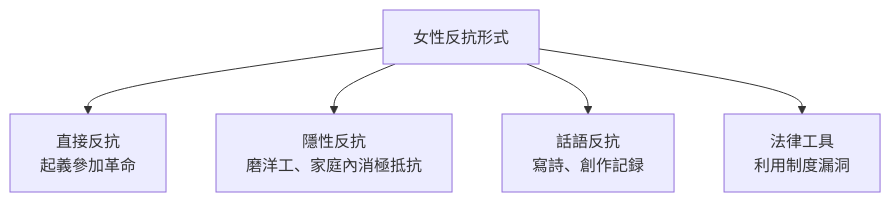
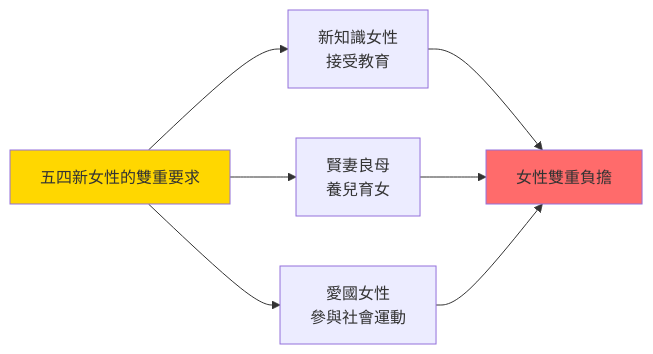
Before and after one commit to yip-lgtm/HKU-Harvard-History-Self-Study: the fourth of 5 diagrams in 01_HKU_Courses/HIST2143_Love_and_loyalty_Women_and_gender.md, drawn with Mermaid. The commit also changed other lines of this file and 22 other files, not shown here.

````diff
--- a/01_HKU_Courses/HIST2143_Love_and_loyalty_Women_and_gender.md
+++ b/01_HKU_Courses/HIST2143_Love_and_loyalty_Women_and_gender.md
@@ -129,7 +307,13 @@
 ```mermaid
-graph TD
-    A["女性反抗形式"] --> B["直接反抗<br/>起義參加革命"]
-    A --> C["隱性反抗<br/>磨洋工、家庭內消極抵抗"]
-    A --> D["話語反抗<br/>寫詩、創作記録"]
-    A --> E["法律工具<br/>利用制度漏洞"]
+graph LR
+    A["五四新女性的雙重要求"] --> B["新知識女性<br/>接受教育"]
+    A --> C["賢妻良母<br/>養兒育女"]
+    A --> D["愛國女性<br/>參與社會運動"]
+    
+    B --> E["女性雙重負擔"]
+    C --> E
+    D --> E
+    
+    style A fill:#FFD700
+    style E fill:#FF6B6B
 ```
````
